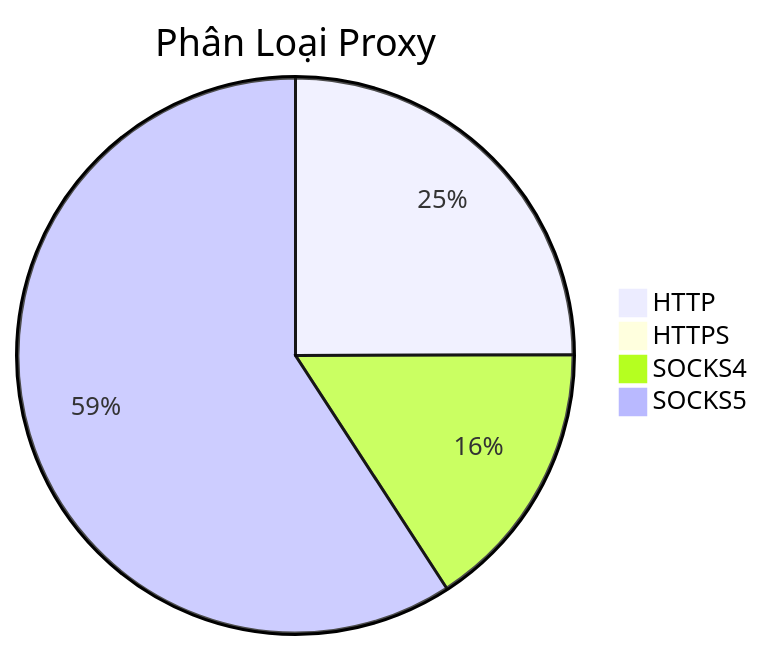
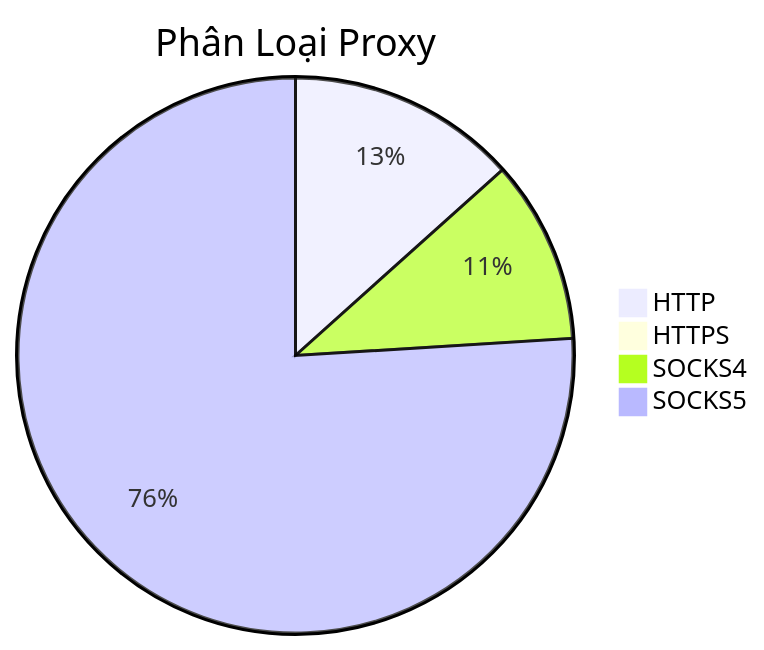
Before and after one commit to Ciara-Aa/PROXY-free: the diagram in README.md, drawn with Mermaid. The commit also changed other lines of this file and 4 other files, not shown here.

````diff
--- a/README.md
+++ b/README.md
@@ -26,7 +26,7 @@
 ```mermaid
 pie title Phân Loại Proxy
-    "HTTP" : 456
-    "HTTPS" : 5
-    "SOCKS4" : 290
-    "SOCKS5" : 1081
+    "HTTP" : 493
+    "HTTPS" : 2
+    "SOCKS4" : 393
+    "SOCKS5" : 2803
 ```
````
